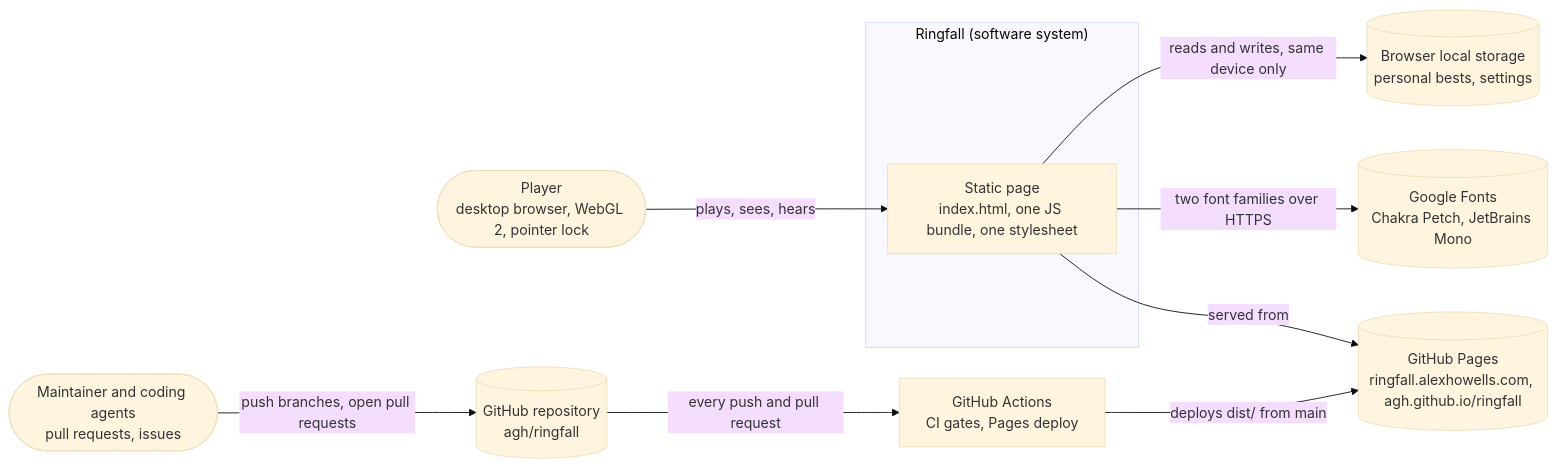
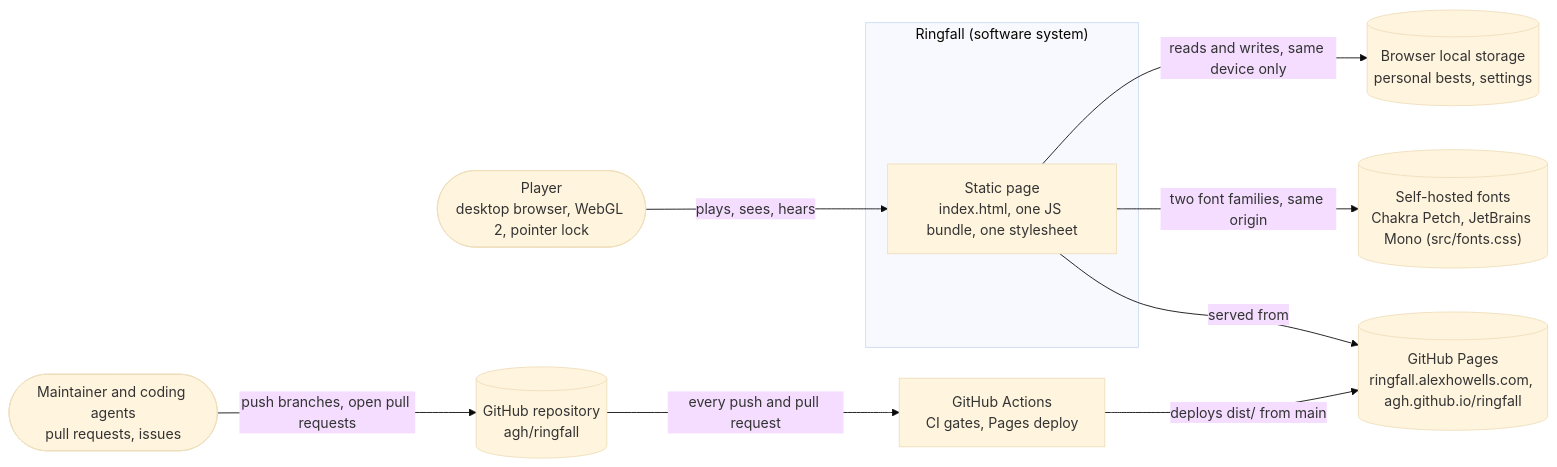
The diagram in docs/architecture/diagrams/context.mmd (agh/ringfall), drawn with Mermaid (base theme) before and after one commit. The commit also changed 8 other files, not shown here.

First line of the commit message:
docs: follow PR #96 in the threat model, architecture, design doc and runbook

```diff
--- a/docs/architecture/diagrams/context.mmd
+++ b/docs/architecture/diagrams/context.mmd
@@ -1,19 +1,19 @@
 %%{init: {"flowchart": {"curve": "basis"}} }%%
 flowchart LR
   player(["Player<br/>desktop browser, WebGL 2, pointer lock"])
   agents(["Maintainer and coding agents<br/>pull requests, issues"])
   subgraph ringfall["Ringfall (software system)"]
     page["Static page<br/>index.html, one JS bundle, one stylesheet"]
   end
   pages[("GitHub Pages<br/>ringfall.alexhowells.com, agh.github.io/ringfall")]
-  fonts[("Google Fonts<br/>Chakra Petch, JetBrains Mono")]
+  fonts[("Self-hosted fonts<br/>Chakra Petch, JetBrains Mono (src/fonts.css)")]
   storage[("Browser local storage<br/>personal bests, settings")]
   repo[("GitHub repository<br/>agh/ringfall")]
   ci["GitHub Actions<br/>CI gates, Pages deploy"]
   player -->|"plays, sees, hears"| page
   page -->|"served from"| pages
-  page -->|"two font families over HTTPS"| fonts
+  page -->|"two font families, same origin"| fonts
   page -->|"reads and writes, same device only"| storage
   agents -->|"push branches, open pull requests"| repo
   repo -->|"every push and pull request"| ci
   ci -->|"deploys dist/ from main"| pages
```
